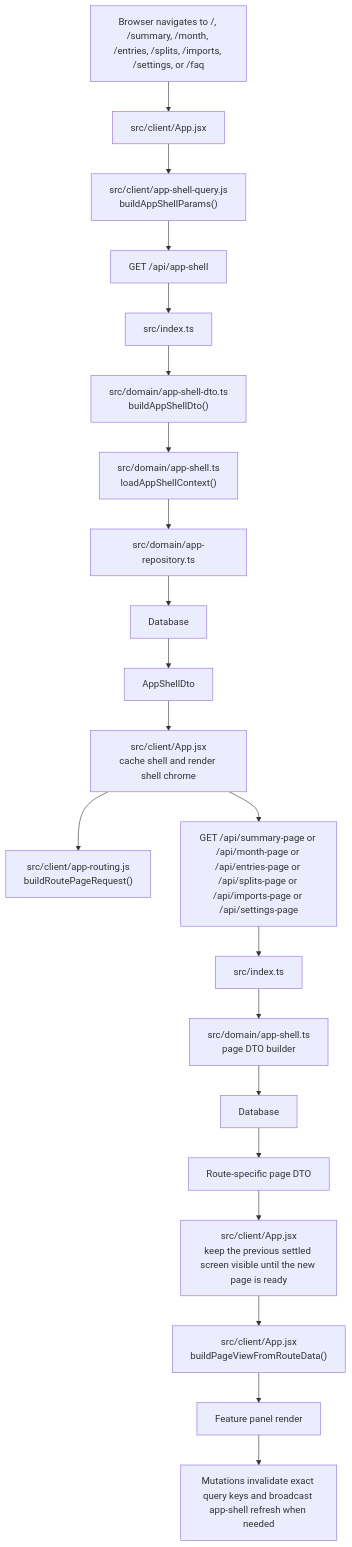
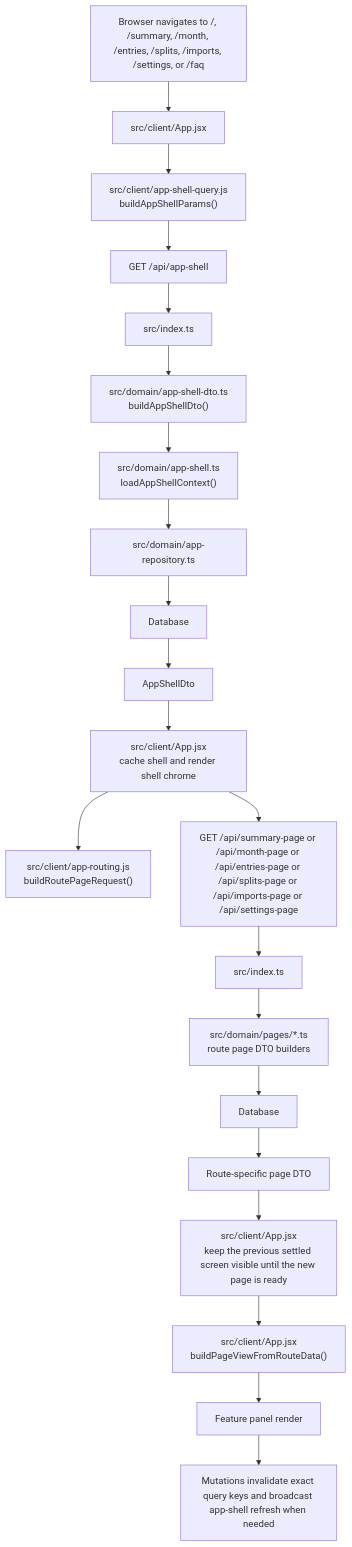
The diagram in docs/app-shell-flow.md (timothysantos/monies-map), drawn with Mermaid before and after one commit. The commit also changed other lines of this file and 2 other files, not shown here.

Commit message:
Extract route page modules

````diff
--- a/docs/app-shell-flow.md
+++ b/docs/app-shell-flow.md
@@ -9,23 +9,23 @@
 ```mermaid
 flowchart TD
   A["Browser navigates to /, /summary, /month, /entries, /splits, /imports, /settings, or /faq"] --> B["src/client/App.jsx"]
   B --> C["src/client/app-shell-query.js<br/>buildAppShellParams()"]
   C --> D["GET /api/app-shell"]
   D --> E["src/index.ts"]
   E --> F["src/domain/app-shell-dto.ts<br/>buildAppShellDto()"]
   F --> G["src/domain/app-shell.ts<br/>loadAppShellContext()"]
   G --> H["src/domain/app-repository.ts"]
   H --> I["Database"]
   I --> J["AppShellDto"]
   J --> K["src/client/App.jsx<br/>cache shell and render shell chrome"]
   K --> L["src/client/app-routing.js<br/>buildRoutePageRequest()"]
   K --> M["GET /api/summary-page or /api/month-page or /api/entries-page or /api/splits-page or /api/imports-page or /api/settings-page"]
   M --> N["src/index.ts"]
-  N --> O["src/domain/app-shell.ts<br/>page DTO builder"]
+  N --> O["src/domain/pages/*.ts<br/>route page DTO builders"]
   O --> P["Database"]
   P --> Q["Route-specific page DTO"]
   Q --> R["src/client/App.jsx<br/>keep the previous settled screen visible until the new page is ready"]
   R --> S["src/client/App.jsx<br/>buildPageViewFromRouteData()"]
   S --> T["Feature panel render"]
   T --> U["Mutations invalidate exact query keys and broadcast app-shell refresh when needed"]
 ```
````
